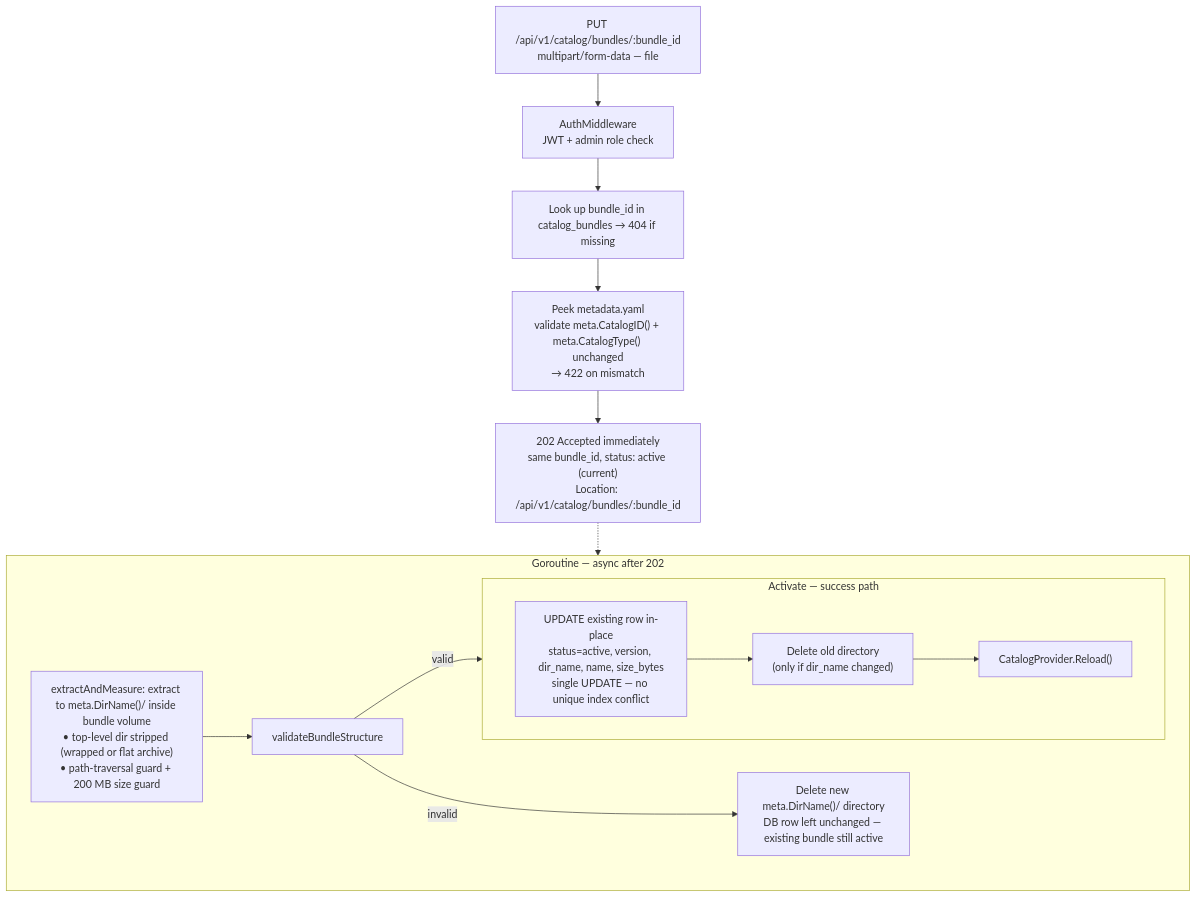
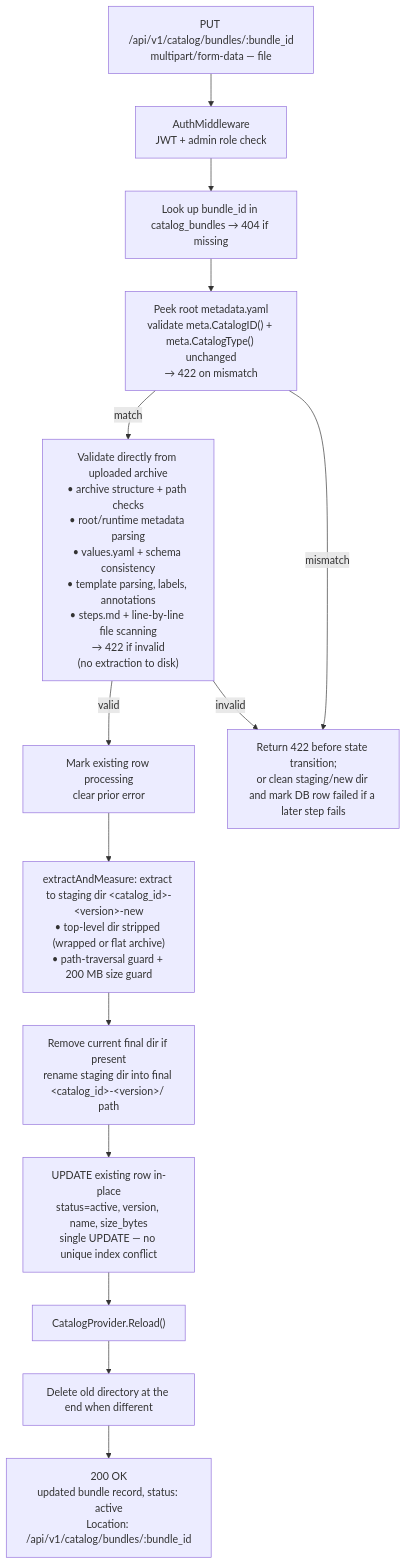
Before and after one commit to IBM/project-ai-services: the third of 5 diagrams in docs/proposals/catalog/custom-service-templates-proposal.md, drawn with Mermaid. The commit also changed other lines of this file, not shown here.

````diff
--- a/docs/proposals/catalog/custom-service-templates-proposal.md
+++ b/docs/proposals/catalog/custom-service-templates-proposal.md
@@ -667,30 +671,22 @@
 ```mermaid
 flowchart TD
     REQ["PUT /api/v1/catalog/bundles/:bundle_id<br/>multipart/form-data — file"]
     AUTH["AuthMiddleware<br/>JWT + admin role check"]
     LOOKUP["Look up bundle_id in catalog_bundles → 404 if missing"]
-    PEEK["Peek metadata.yaml<br/>validate meta.CatalogID() + meta.CatalogType() unchanged<br/>→ 422 on mismatch"]
-    RESP["202 Accepted immediately<br/>same bundle_id, status: active (current)<br/>Location: /api/v1/catalog/bundles/:bundle_id"]
+    PEEK["Peek root metadata.yaml<br/>validate meta.CatalogID() + meta.CatalogType() unchanged<br/>→ 422 on mismatch"]
+    VALIDATE["Validate directly from uploaded archive<br/>• archive structure + path checks<br/>• root/runtime metadata parsing<br/>• values.yaml + schema consistency<br/>• template parsing, labels, annotations<br/>• steps.md + line-by-line file scanning<br/>→ 422 if invalid<br/>(no extraction to disk)"]
+    MARKPROC["Mark existing row processing<br/>clear prior error"]
+    EXTRACT["extractAndMeasure: extract to staging dir &lt;catalog_id&gt;-&lt;version&gt;-new<br/>• top-level dir stripped (wrapped or flat archive)<br/>• path-traversal guard + 200 MB size guard"]
+    SWAP["Remove current final dir if present<br/>rename staging dir into final &lt;catalog_id&gt;-&lt;version&gt;/ path"]
+    DBUPDATE["UPDATE existing row in-place<br/>status=active, version, name, size_bytes<br/>single UPDATE — no unique index conflict"]
+    RELOAD["CatalogProvider.Reload()"]
+    RMOLDDIR["Delete old directory at the end when different"]
+    RESP["200 OK<br/>updated bundle record, status: active<br/>Location: /api/v1/catalog/bundles/:bundle_id"]
+    FAIL["Return 422 before state transition;<br/>or clean staging/new dir and mark DB row failed if a later step fails"]
 
-    subgraph ASYNC["Goroutine — async after 202"]
-        EXTRACT["extractAndMeasure: extract to meta.DirName()/ inside bundle volume<br/>• top-level dir stripped (wrapped or flat archive)<br/>• path-traversal guard + 200 MB size guard"]
-        VALIDATE["validateBundleStructure"]
-
-        subgraph ACTIVATE["Activate — success path"]
-            direction LR
-            DBUPDATE["UPDATE existing row in-place<br/>status=active, version, dir_name, name, size_bytes<br/>single UPDATE — no unique index conflict"]
-            RMOLDDIR["Delete old directory<br/>(only if dir_name changed)"]
-            RELOAD["CatalogProvider.Reload()"]
-            DBUPDATE --> RMOLDDIR --> RELOAD
-        end
-
-        FAIL["Delete new meta.DirName()/ directory<br/>DB row left unchanged — existing bundle still active"]
-
-        EXTRACT --> VALIDATE
-        VALIDATE -->|"valid"| ACTIVATE
-        VALIDATE -->|"invalid"| FAIL
-    end
-
-    REQ --> AUTH --> LOOKUP --> PEEK --> RESP
-    RESP -.-> ASYNC
+    REQ --> AUTH --> LOOKUP --> PEEK
+    PEEK -->|"match"| VALIDATE
+    PEEK -->|"mismatch"| FAIL
+    VALIDATE -->|"invalid"| FAIL
+    VALIDATE -->|"valid"| MARKPROC --> EXTRACT --> SWAP --> DBUPDATE --> RELOAD --> RMOLDDIR --> RESP
 ```
````
